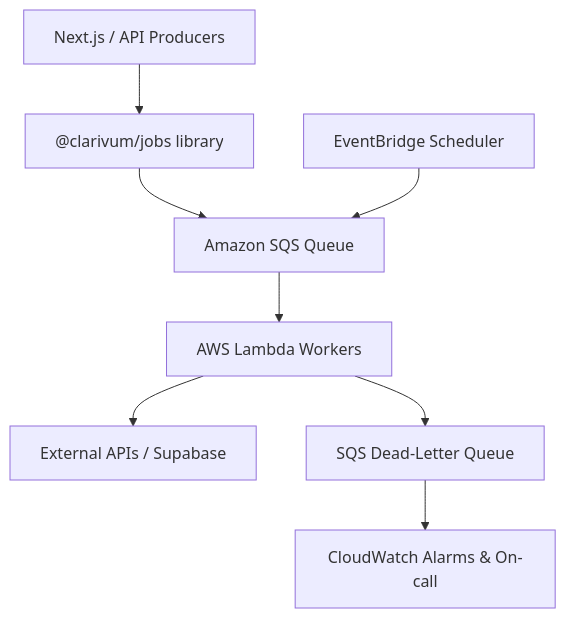
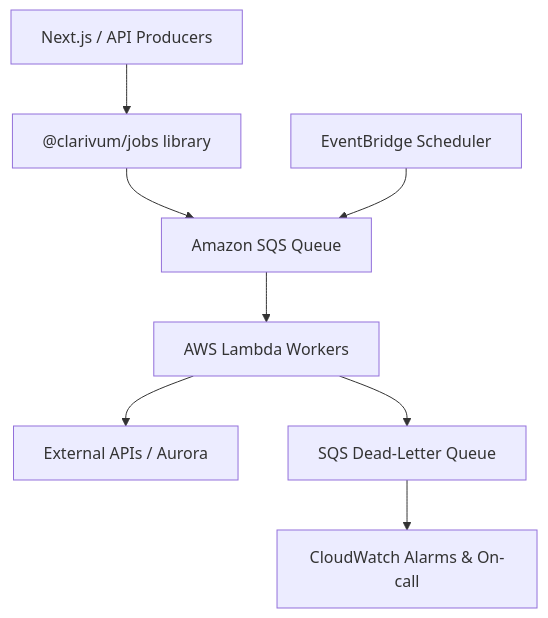
The diagram in docs/diagrams/adr-003-background-jobs-and-queues/architecture-overview.mmd (marcelkenner/clarivum), drawn with Mermaid before and after one commit. The commit also changed 205 other files, not shown here.

````diff
--- a/docs/diagrams/adr-003-background-jobs-and-queues/architecture-overview.mmd
+++ b/docs/diagrams/adr-003-background-jobs-and-queues/architecture-overview.mmd
@@ -1,10 +1,10 @@
 ```mermaid
 flowchart TD
     Producers["Next.js / API Producers"] --> JobsLib["@clarivum/jobs library"]
     JobsLib --> SQSQueue["Amazon SQS Queue"]
     EventBridge["EventBridge Scheduler"] --> SQSQueue
     SQSQueue --> LambdaWorkers["AWS Lambda Workers"]
-    LambdaWorkers --> Services["External APIs / Supabase"]
+    LambdaWorkers --> Services["External APIs / Aurora"]
     LambdaWorkers --> DLQ["SQS Dead-Letter Queue"]
     DLQ --> CloudWatch["CloudWatch Alarms & On-call"]
 ```
````
